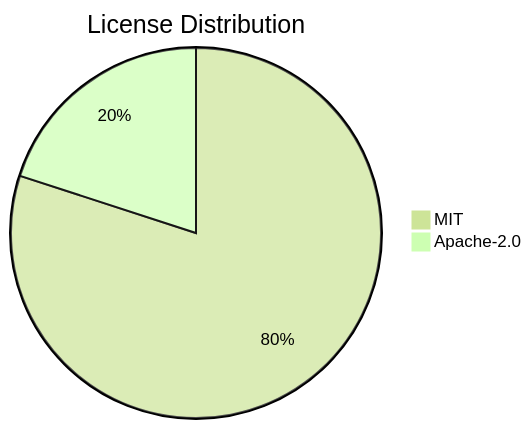
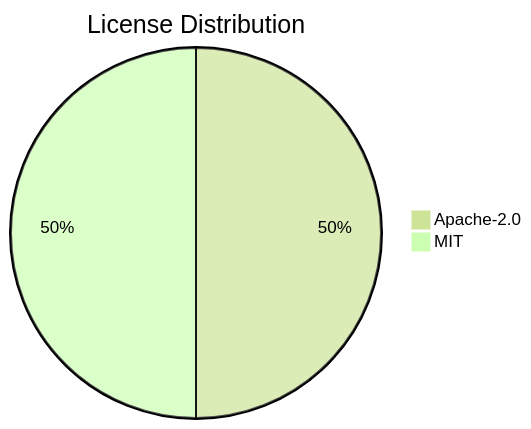
Before and after one commit to svenroth-ai/shipwright: the diagram in .shipwright/compliance/sbom.md, drawn with Mermaid (forest theme). The commit also changed other lines of this file and 7 other files, not shown here.

````diff
--- a/.shipwright/compliance/sbom.md
+++ b/.shipwright/compliance/sbom.md
@@ -17,5 +17,5 @@
 ```mermaid
 pie title License Distribution
-    "MIT" : 4
-    "Apache-2.0" : 1
+    "Apache-2.0" : 2
+    "MIT" : 2
 ```
````
